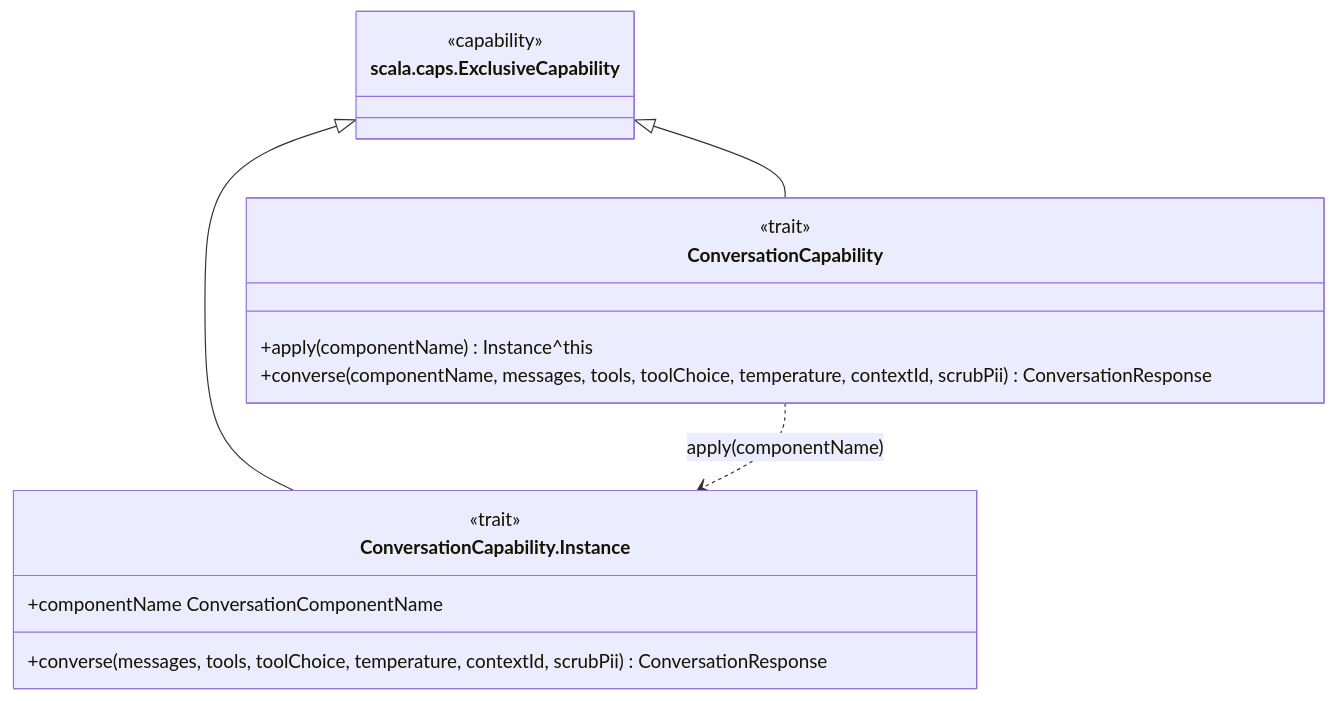
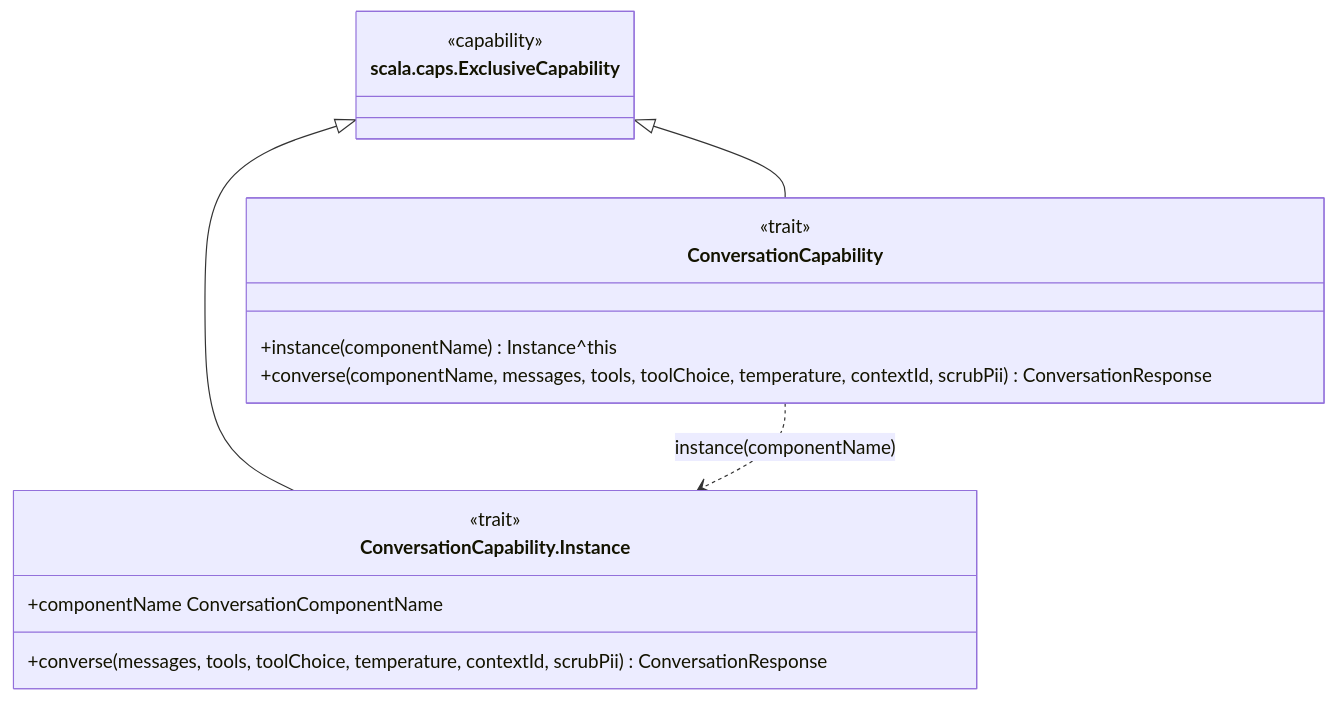
Before and after one commit to sideeffffect/dapr4s: diagram 12 of 15 in docs/CAPABILITY-HIERARCHY.md, drawn with Mermaid. The commit also changed other lines of this file and 26 other files, not shown here.

Commit message:
docs: instance(name)/forType narrowing in scaladoc, docs and spec

````diff
--- a/docs/CAPABILITY-HIERARCHY.md
+++ b/docs/CAPABILITY-HIERARCHY.md
@@ -468,21 +468,21 @@
 ```mermaid
 classDiagram
     direction TB
     class ExclusiveCapability["scala.caps.ExclusiveCapability"]
     <<capability>> ExclusiveCapability
 
     class ConversationCapability {
         <<trait>>
-        +apply(componentName) Instance^this
+        +instance(componentName) Instance^this
         +converse(componentName, messages, tools, toolChoice, temperature, contextId, scrubPii) ConversationResponse
     }
 
     class ConversationCapability_Instance["ConversationCapability.Instance"]
     <<trait>> ConversationCapability_Instance
     ConversationCapability_Instance : +componentName ConversationComponentName
     ConversationCapability_Instance : +converse(messages, tools, toolChoice, temperature, contextId, scrubPii) ConversationResponse
 
     ExclusiveCapability <|-- ConversationCapability
     ExclusiveCapability <|-- ConversationCapability_Instance
-    ConversationCapability ..> ConversationCapability_Instance : apply(componentName)
+    ConversationCapability ..> ConversationCapability_Instance : instance(componentName)
 ```
````
